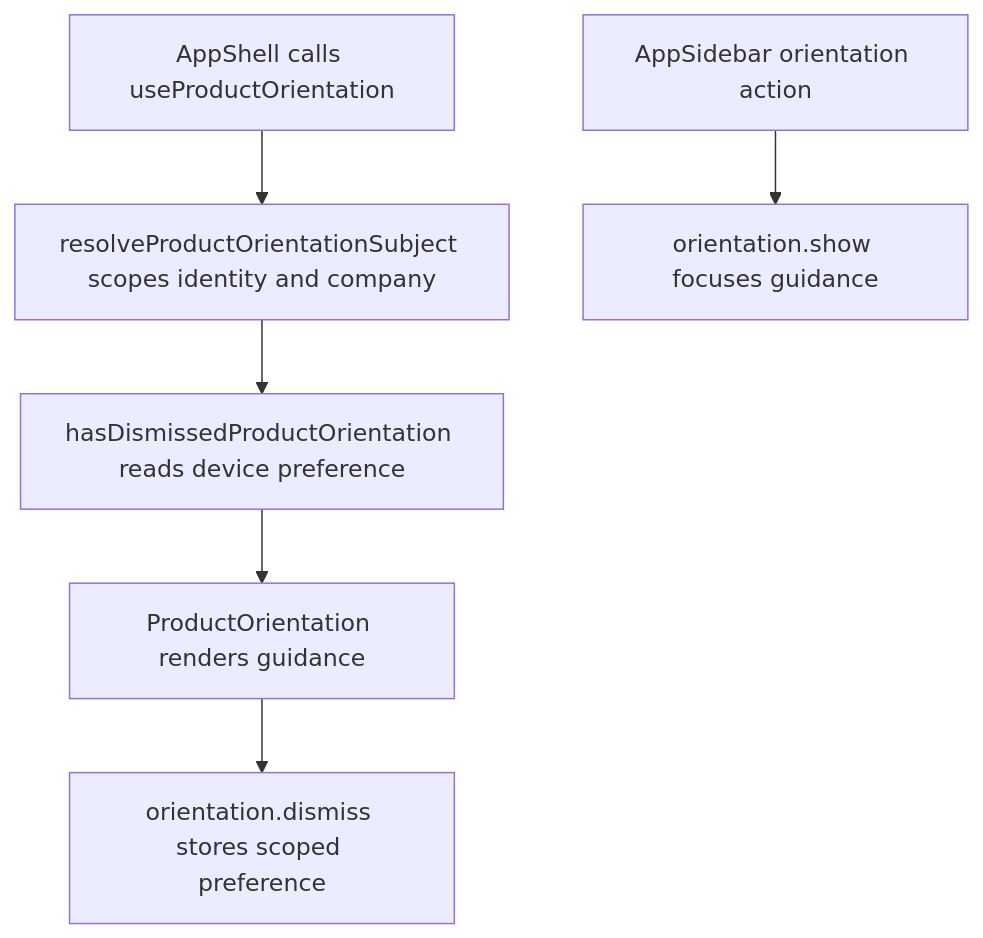
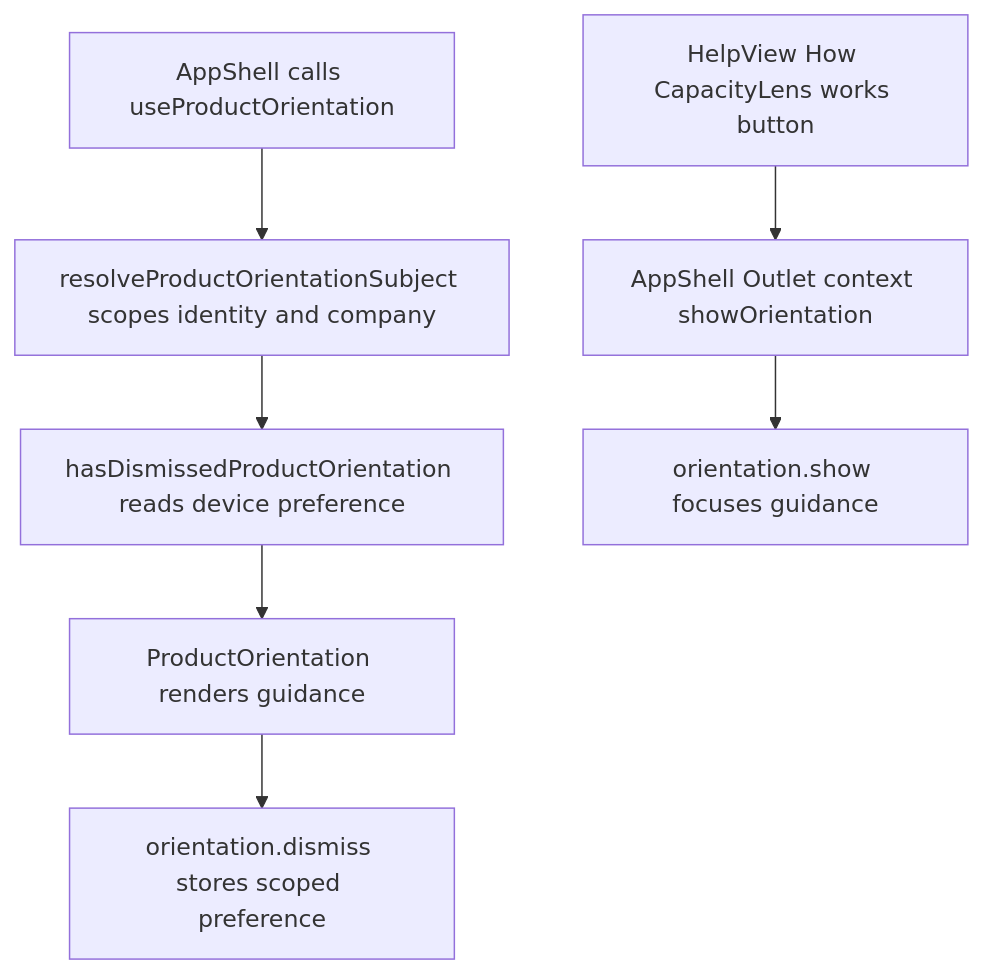
Before and after one commit to Kevinjohn/capacitylens: the second of 2 diagrams in user-stories/navigation/US-NAV-12-product-orientation.md, drawn with Mermaid. The commit also changed other lines of this file and 35 other files, not shown here.

````diff
--- a/user-stories/navigation/US-NAV-12-product-orientation.md
+++ b/user-stories/navigation/US-NAV-12-product-orientation.md
@@ -34,8 +34,8 @@
 ```mermaid
 flowchart TD
   app["AppShell calls useProductOrientation"] --> subject["resolveProductOrientationSubject scopes identity and company"]
   subject --> pref["hasDismissedProductOrientation reads device preference"]
   pref --> view["ProductOrientation renders guidance"]
-  click["AppSidebar orientation action"] --> reopen["orientation.show focuses guidance"]
+  click["HelpView How CapacityLens works button"] --> ctx["AppShell Outlet context showOrientation"] --> reopen["orientation.show focuses guidance"]
   view --> dismiss["orientation.dismiss stores scoped preference"]
 ```
````
